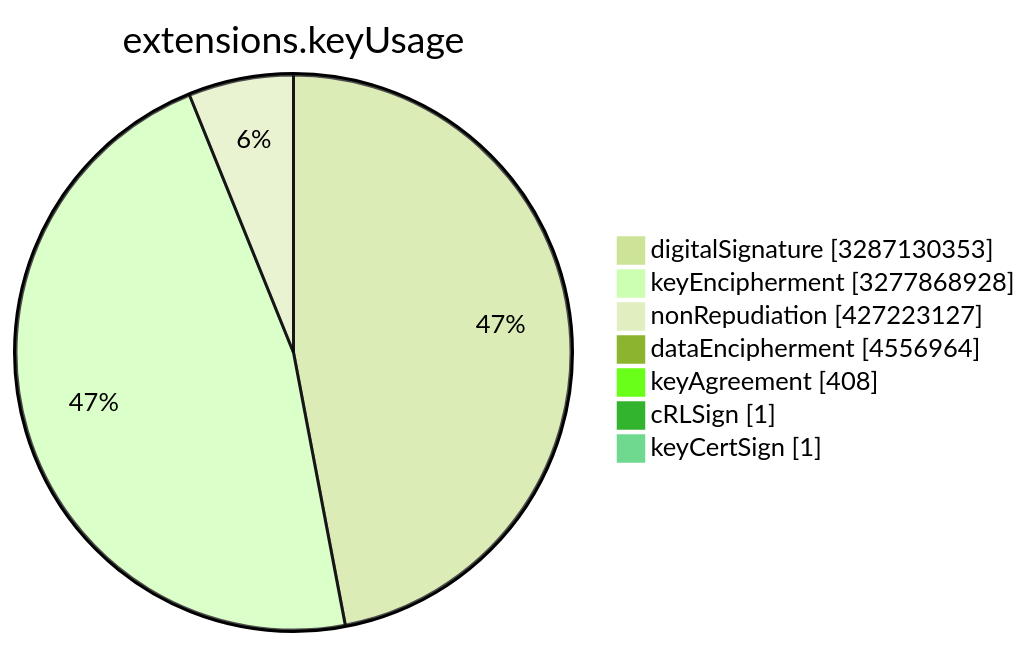
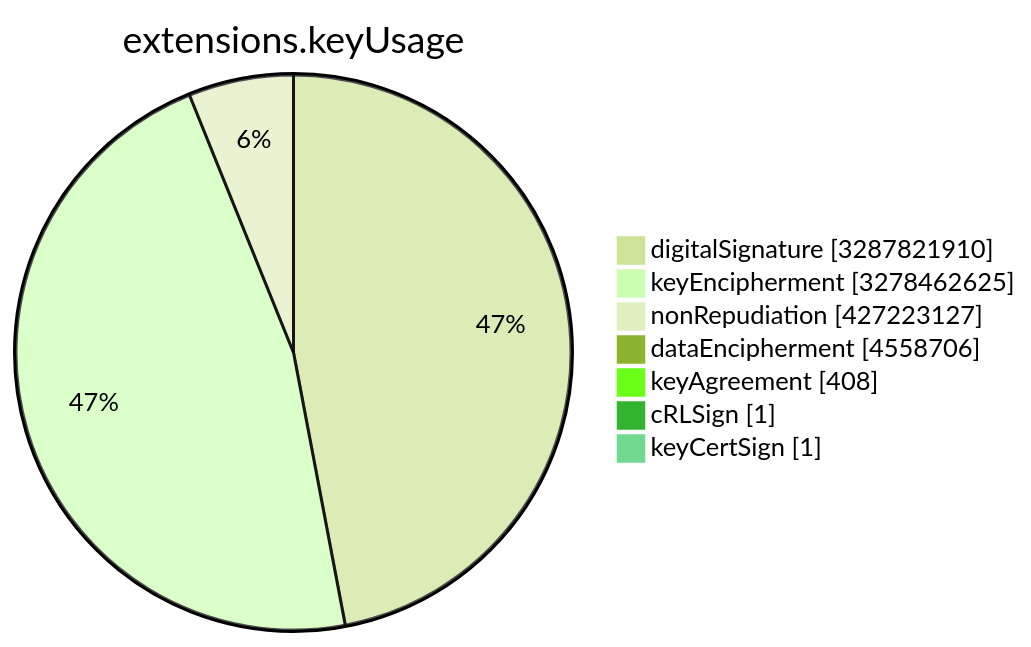
One commit to christiankrug/ctmonitor_visualization changed the sixth of 15 diagrams in TOTAL/README.md. Above: the diagram before and after it, drawn with Mermaid (forest theme). The commit also changed other lines of this file, not shown here.

````diff
--- a/TOTAL/README.md
+++ b/TOTAL/README.md
@@ -3078,11 +3078,11 @@
 ```mermaid
 pie showData
 title extensions.keyUsage
-"digitalSignature" :3287130353
-"keyEncipherment" :3277868928
+"digitalSignature" :3287821910
+"keyEncipherment" :3278462625
 "nonRepudiation" :427223127
-"dataEncipherment" :4556964
+"dataEncipherment" :4558706
 "keyAgreement" :408
 "cRLSign" :1
 "keyCertSign" :1
 ```
````
